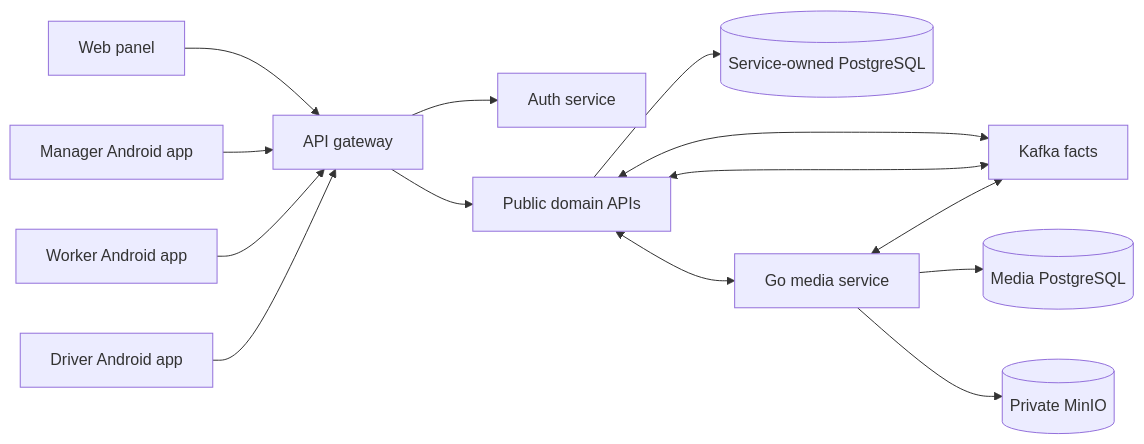
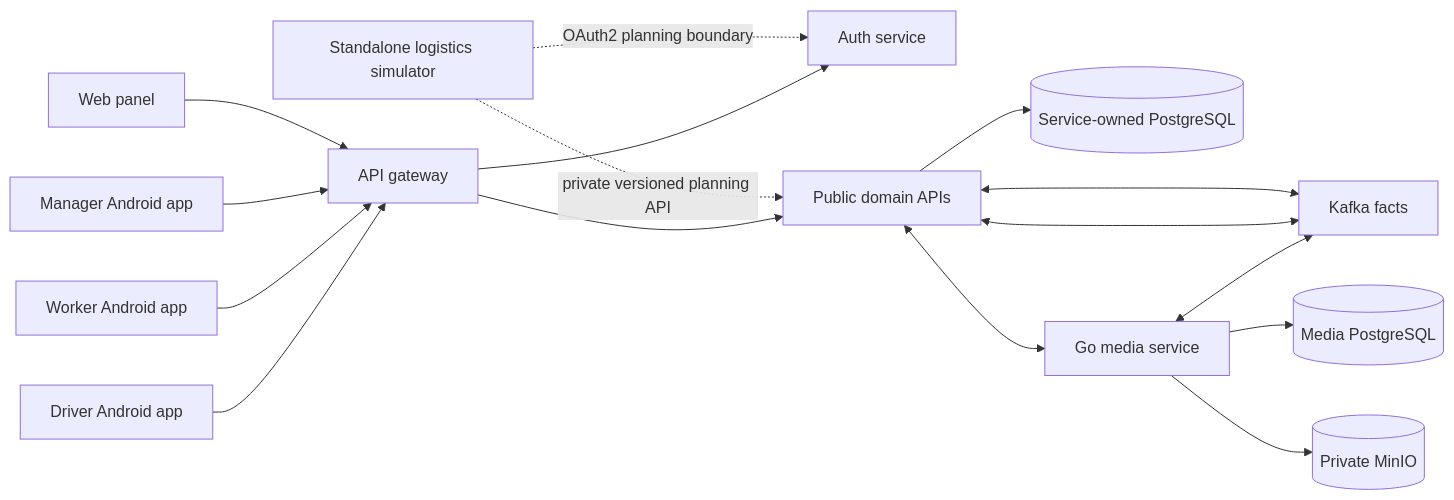
The diagram in docs/project-knowledge/architecture.md (Buhanzaz/rwms), drawn with Mermaid before and after one commit. The commit also changed other lines of this file and 17 other files, not shown here.

````diff
--- a/docs/project-knowledge/architecture.md
+++ b/docs/project-knowledge/architecture.md
@@ -18,16 +18,18 @@
 ```mermaid
 flowchart LR
     Panel[Web panel] --> Gateway[API gateway]
     Manager[Manager Android app] --> Gateway
     Worker[Worker Android app] --> Gateway
     Driver[Driver Android app] --> Gateway
+    Simulator[Standalone logistics simulator] -. OAuth2 planning boundary .-> Auth
+    Simulator -. private versioned planning API .-> Domain
     Gateway --> Auth[Auth service]
     Gateway --> Domain[Public domain APIs]
     Domain --> ServiceDB[(Service-owned PostgreSQL)]
     Domain <--> Kafka[Kafka facts]
     Media[Go media service] --> MediaDB[(Media PostgreSQL)]
     Media --> MinIO[(Private MinIO)]
     Domain <--> Media
     Domain <--> Kafka
     Media <--> Kafka
 ```
````
